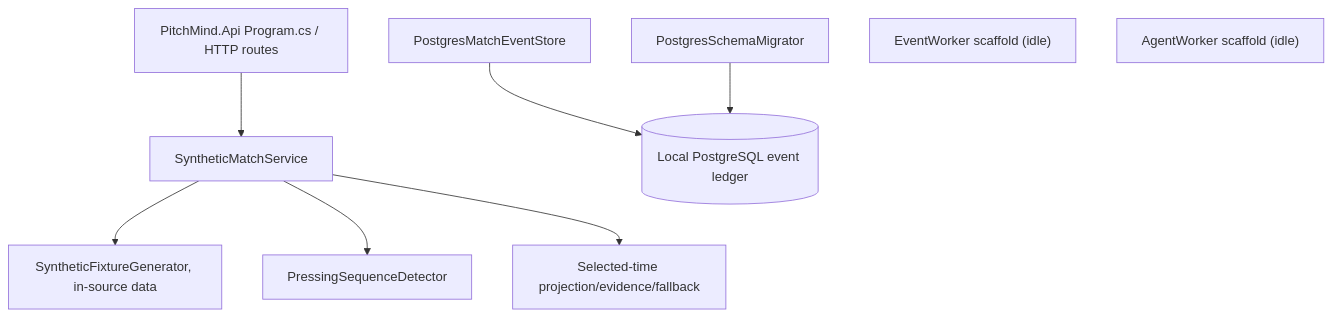
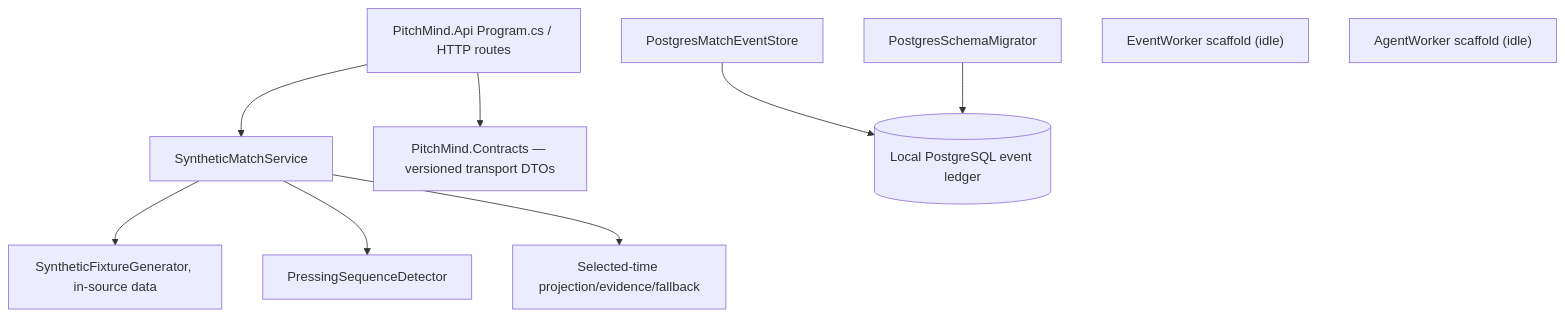
The first of 2 diagrams in docs/architecture/03-components.md (prateekgangopadhyay/PitchMind), drawn with Mermaid before and after one commit. The commit also changed 1 other file, not shown here.

Commit message:
docs(EP01-S01): map transport contracts in C4 L3

````diff
--- a/docs/architecture/03-components.md
+++ b/docs/architecture/03-components.md
@@ -9,11 +9,12 @@
 ```mermaid
 flowchart TB
   API["PitchMind.Api Program.cs / HTTP routes"] --> Match["SyntheticMatchService"]
+  API --> Contracts["PitchMind.Contracts — versioned transport DTOs"]
   Match --> Fixture["SyntheticFixtureGenerator, in-source data"]
   Match --> Press["PressingSequenceDetector"]
   Match --> Replay["Selected-time projection/evidence/fallback"]
   Ledger["PostgresMatchEventStore"] --> DB[("Local PostgreSQL event ledger")]
   Migrator["PostgresSchemaMigrator"] --> DB
   EventWorker["EventWorker scaffold (idle)"]
   AgentWorker["AgentWorker scaffold (idle)"]
 ```
````
